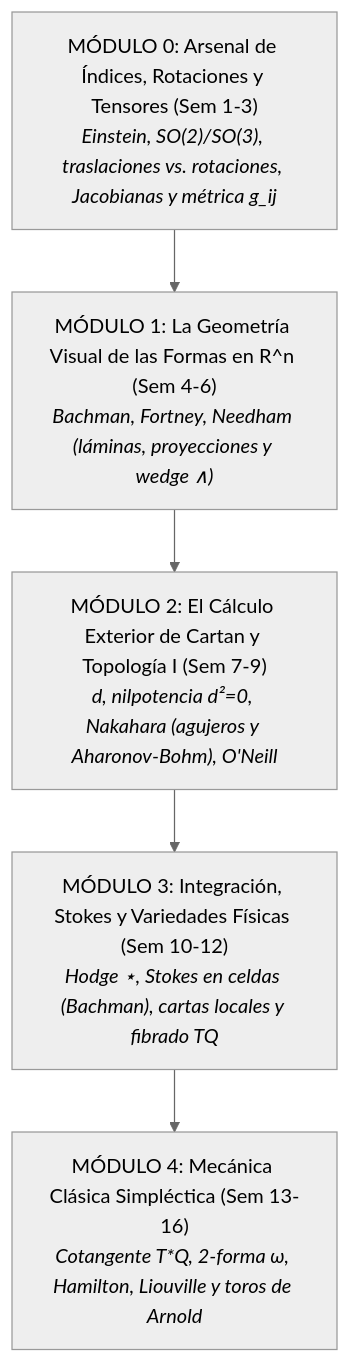
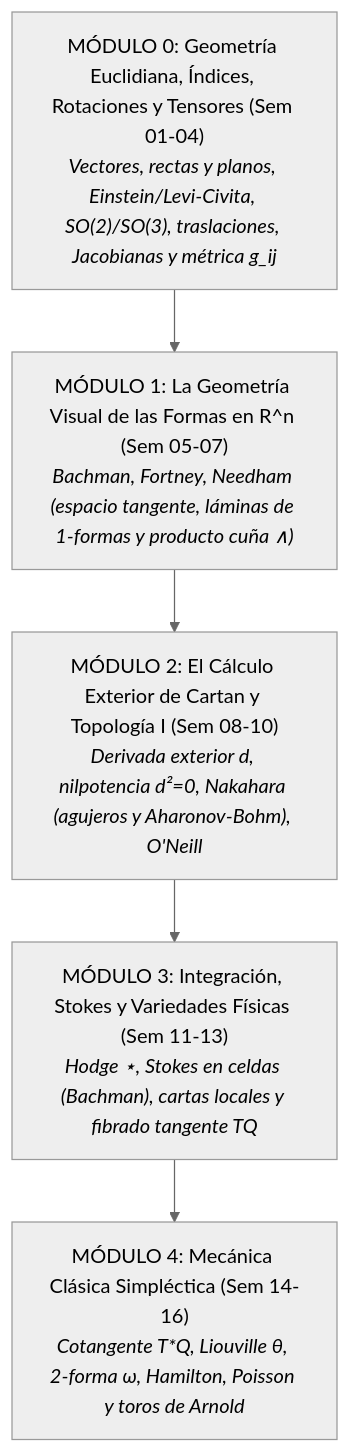
One commit to AngelGab3/Geometry_and_Physics changed the diagram in README.md. Above: the diagram before and after it, drawn with Mermaid (neutral theme). The commit also changed other lines of this file and 42 other files, not shown here.

Commit message:
Add Semana 01 (Geometria de Vectores, Proyecciones, Rectas y Planos) with rich TikZ graphics and expand Modulo 00 to 4 weeks for Physics & Engineering

````diff
--- a/README.md
+++ b/README.md
@@ -69,13 +56,13 @@
 ```mermaid
 flowchart TD
-    M0["MÓDULO 0: Arsenal de Índices, Rotaciones y Tensores (Sem 1-3)<br><i>Einstein, SO(2)/SO(3), traslaciones vs. rotaciones, Jacobianas y métrica g_ij</i>"]
-    M1["MÓDULO 1: La Geometría Visual de las Formas en R^n (Sem 4-6)<br><i>Bachman, Fortney, Needham (láminas, proyecciones y wedge ∧)</i>"]
-    M2["MÓDULO 2: El Cálculo Exterior de Cartan y Topología I (Sem 7-9)<br><i>d, nilpotencia d²=0, Nakahara (agujeros y Aharonov-Bohm), O'Neill</i>"]
-    M3["MÓDULO 3: Integración, Stokes y Variedades Físicas (Sem 10-12)<br><i>Hodge ⋆, Stokes en celdas (Bachman), cartas locales y fibrado TQ</i>"]
-    M4["MÓDULO 4: Mecánica Clásica Simpléctica (Sem 13-16)<br><i>Cotangente T*Q, 2-forma ω, Hamilton, Liouville y toros de Arnold</i>"]
+    M0["MÓDULO 0: Geometría Euclidiana, Índices, Rotaciones y Tensores (Sem 01-04)<br><i>Vectores, rectas y planos, Einstein/Levi-Civita, SO(2)/SO(3), traslaciones, Jacobianas y métrica g_ij</i>"]
+    M1["MÓDULO 1: La Geometría Visual de las Formas en R^n (Sem 05-07)<br><i>Bachman, Fortney, Needham (espacio tangente, láminas de 1-formas y producto cuña ∧)</i>"]
+    M2["MÓDULO 2: El Cálculo Exterior de Cartan y Topología I (Sem 08-10)<br><i>Derivada exterior d, nilpotencia d²=0, Nakahara (agujeros y Aharonov-Bohm), O'Neill</i>"]
+    M3["MÓDULO 3: Integración, Stokes y Variedades Físicas (Sem 11-13)<br><i>Hodge ⋆, Stokes en celdas (Bachman), cartas locales y fibrado tangente TQ</i>"]
+    M4["MÓDULO 4: Mecánica Clásica Simpléctica (Sem 14-16)<br><i>Cotangente T*Q, Liouville θ, 2-forma ω, Hamilton, Poisson y toros de Arnold</i>"]
 
     M0 --> M1
     M1 --> M2
     M2 --> M3
     M3 --> M4
 ```
````
